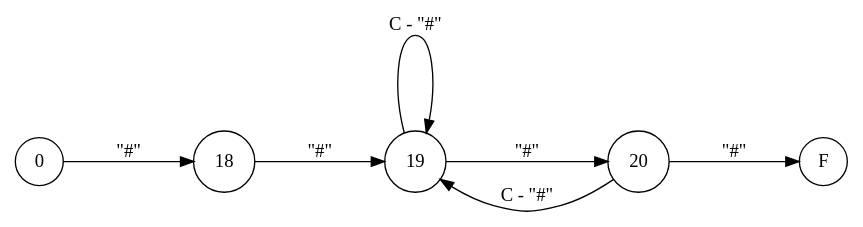
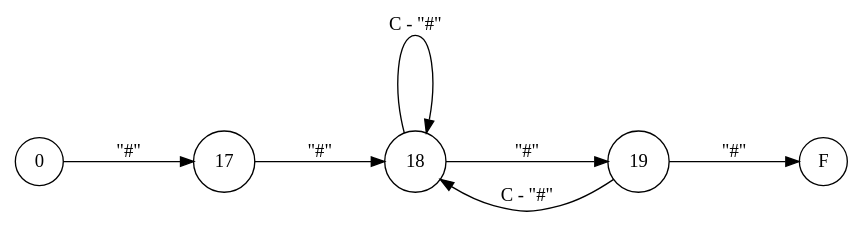
One commit to iroumec/RouVel-Compiler changed the diagram in resources/FA/FADiagrams/comments.dot. Above: the diagram before and after it, drawn with Graphviz. The commit also changed 12 other files, not shown here.

```diff
--- a/resources/FA/FADiagrams/comments.dot
+++ b/resources/FA/FADiagrams/comments.dot
@@ -1,18 +1,18 @@
 digraph DFA {
     // Layout más libre y cuadrado
     splines = true;
     overlap = false;
     nodesep = 1;
     ranksep = 1;
     rankdir = LR;
     
     // Estados normales.
     node [shape = circle;];
     
-    0 -> 18 [label = "\"#\"";];
+    0 -> 17 [label = "\"#\"";];
+    17 -> 18 [label = "\"#\"";];
+    18 -> 18 [label = "C - \"#\"";];
     18 -> 19 [label = "\"#\"";];
-    19 -> 19 [label = "C - \"#\"";];
-    19 -> 20 [label = "\"#\"";];
-    20 -> 19 [label = "C - \"#\"";];
-    20 -> F [label = "\"#\"";];
+    19 -> 18 [label = "C - \"#\"";];
+    19 -> F [label = "\"#\"";];
 }
```
